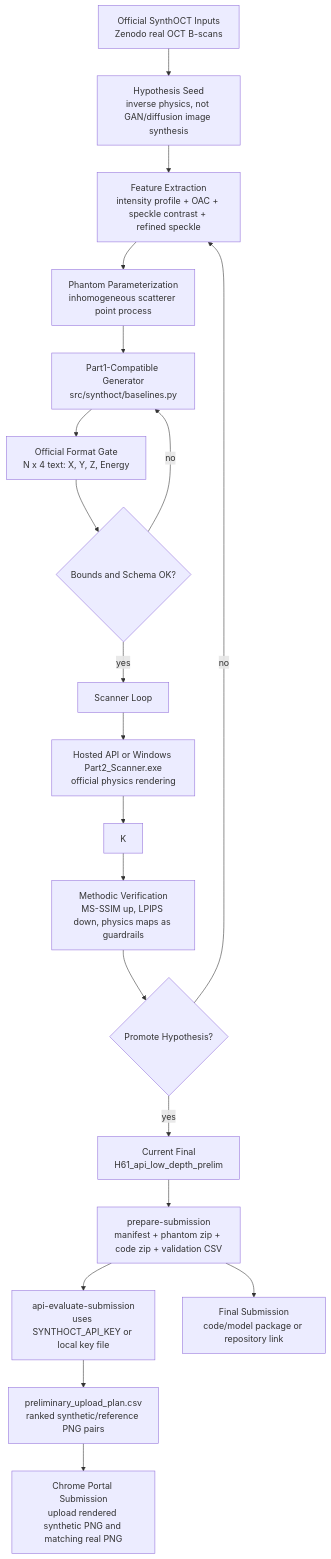
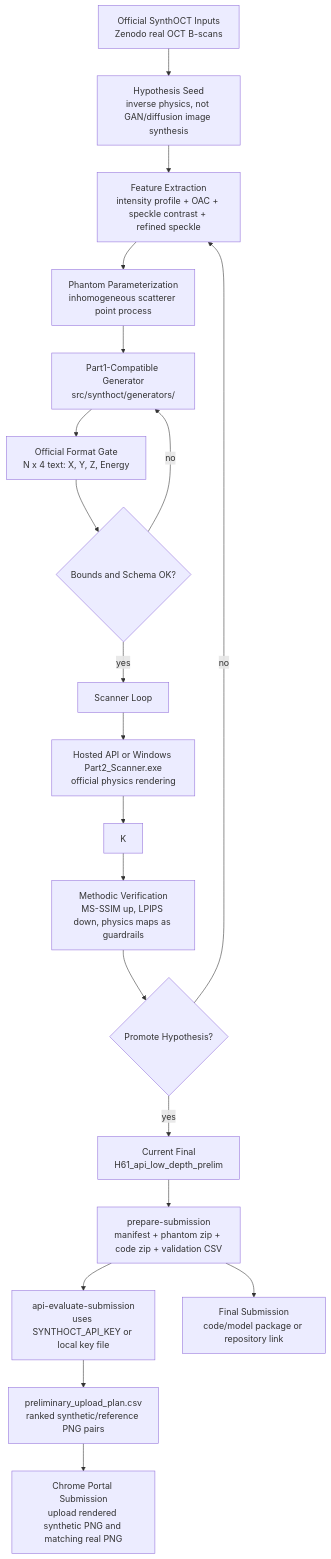
The diagram in docs/submission_flowchart.md (MasalaKimchi/SynthOCT-Bibimbap), drawn with Mermaid before and after one commit. The commit also changed 10 other files, not shown here.

````diff
--- a/docs/submission_flowchart.md
+++ b/docs/submission_flowchart.md
@@ -10,22 +10,22 @@
 ```mermaid
 flowchart TD
     A["Official SynthOCT Inputs\nZenodo real OCT B-scans"] --> B["Hypothesis Seed\ninverse physics, not GAN/diffusion image synthesis"]
     B --> C["Feature Extraction\nintensity profile + OAC + speckle contrast + refined speckle"]
     C --> D["Phantom Parameterization\ninhomogeneous scatterer point process"]
-    D --> E["Part1-Compatible Generator\nsrc/synthoct/baselines.py"]
+    D --> E["Part1-Compatible Generator\nsrc/synthoct/generators/"]
     E --> F["Official Format Gate\nN x 4 text: X, Y, Z, Energy"]
     F --> G{"Bounds and Schema OK?"}
     G -- "no" --> E
     G -- "yes" --> H["Scanner Loop"]
     H --> J["Hosted API or Windows Part2_Scanner.exe\nofficial physics rendering"]
     J --> K
     K --> L["Methodic Verification\nMS-SSIM up, LPIPS down, physics maps as guardrails"]
     L --> M{"Promote Hypothesis?"}
     M -- "no" --> C
     M -- "yes" --> N["Current Final\nH61_api_low_depth_prelim"]
     N --> O["prepare-submission\nmanifest + phantom zip + code zip + validation CSV"]
     O --> P["api-evaluate-submission\nuses SYNTHOCT_API_KEY or local key file"]
     P --> Q["preliminary_upload_plan.csv\nranked synthetic/reference PNG pairs"]
     Q --> R["Chrome Portal Submission\nupload rendered synthetic PNG and matching real PNG"]
     O --> S["Final Submission\ncode/model package or repository link"]
 ```
````
